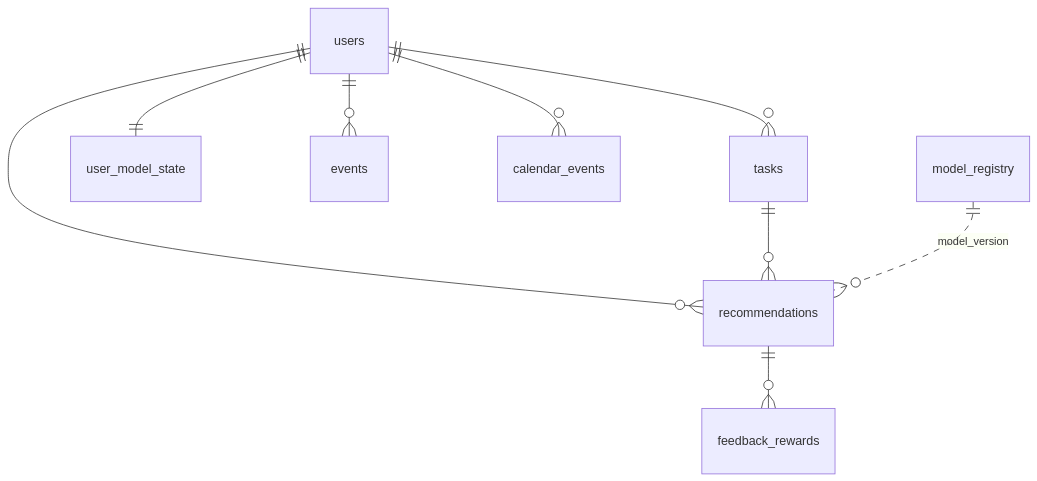
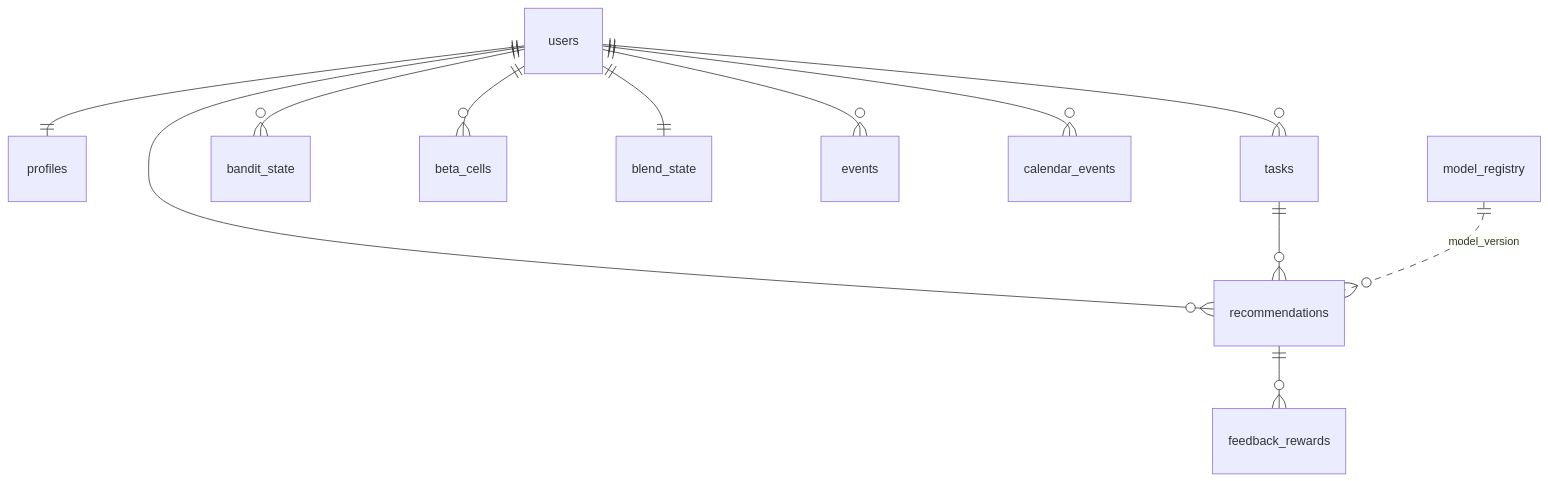
The diagram in docs/thesis/text/diagrams/3-2-er.mmd (IKala4I/magister_work), drawn with Mermaid before and after one commit. The commit also changed 5 other files, not shown here.

```diff
--- a/docs/thesis/text/diagrams/3-2-er.mmd
+++ b/docs/thesis/text/diagrams/3-2-er.mmd
@@ -1,18 +1,19 @@
 %% Рисунок 3.2 — Логічна схема бази даних системи (ER-діаграма).
-%% НЕ ВСТАВЛЕНО в документ: чекає рішення власника (2026-09-29) — текст і міграції розходяться:
-%%   1) user_model_state — у тексті одна таблиця 1:1 з користувачем; у міграціях її немає, стан моделей
-%%      зберігають bandit_state (A, b за категоріями), beta_cells (Beta-комірки), blend_state (змішування);
-%%   2) user_profiles — у тексті; у міграціях таблиця зветься profiles (1:1 з auth.users);
-%%   3) recommendations.model_version — текстове поле без зовнішнього ключа до model_registry.
-%% Правило власника: лише сутності й зв'язки, без полів, не більше, ніж описує текст. Нижче —
-%% зв'язки плейсхолдера рисунка 3.2 дослівно; міграції їх підтверджують (крім п. 1–3 вище).
-%% user_profiles не намальовано: текст не називає її зв'язку.
+%% Правило власника (2026-09-29): лише сутності й зв'язки, без полів, не більше, ніж описує текст.
+%% Сутності — перелік підрозділу 3.4; зв'язки — дослівно з тексту плейсхолдера рисунка 3.2. Текст
+%% виправлено за схемою бази (власник, 2026-09-29): стан моделей — три таблиці bandit_state,
+%% beta_cells, blend_state; профіль — profiles. Кардинальності звірено з міграціями: profiles і
+%% blend_state мають ключ user_id (1:1), bandit_state — (user_id, category), beta_cells — комірки
+%% (1:N). recommendations.model_version — текстове поле без зовнішнього ключа, тому пунктир.
 erDiagram
+    users ||--|| profiles : ""
     users ||--o{ tasks : ""
     users ||--o{ recommendations : ""
     tasks ||--o{ recommendations : ""
     recommendations ||--o{ feedback_rewards : ""
-    users ||--|| user_model_state : ""
+    users ||--o{ bandit_state : ""
+    users ||--o{ beta_cells : ""
+    users ||--|| blend_state : ""
     users ||--o{ events : ""
     users ||--o{ calendar_events : ""
     model_registry ||..o{ recommendations : "model_version"
```
